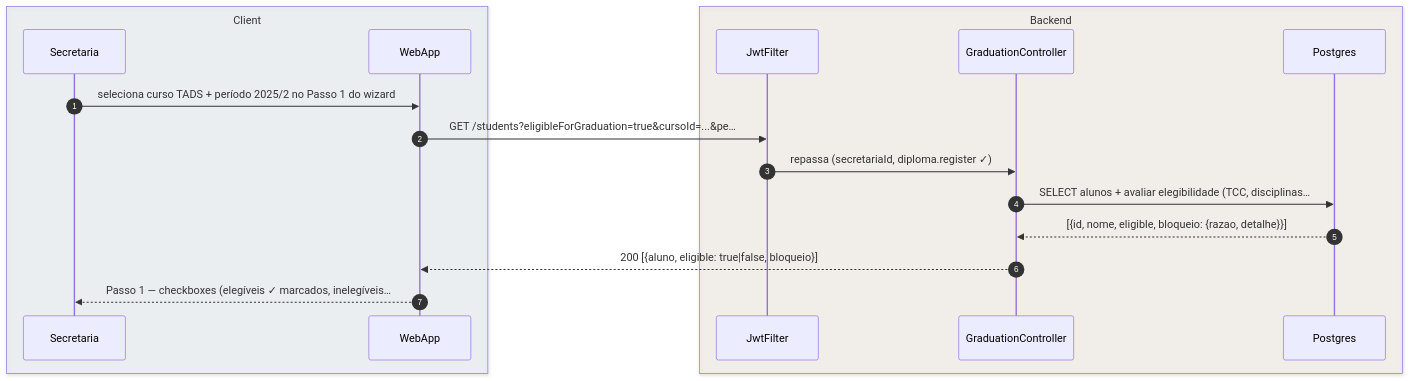
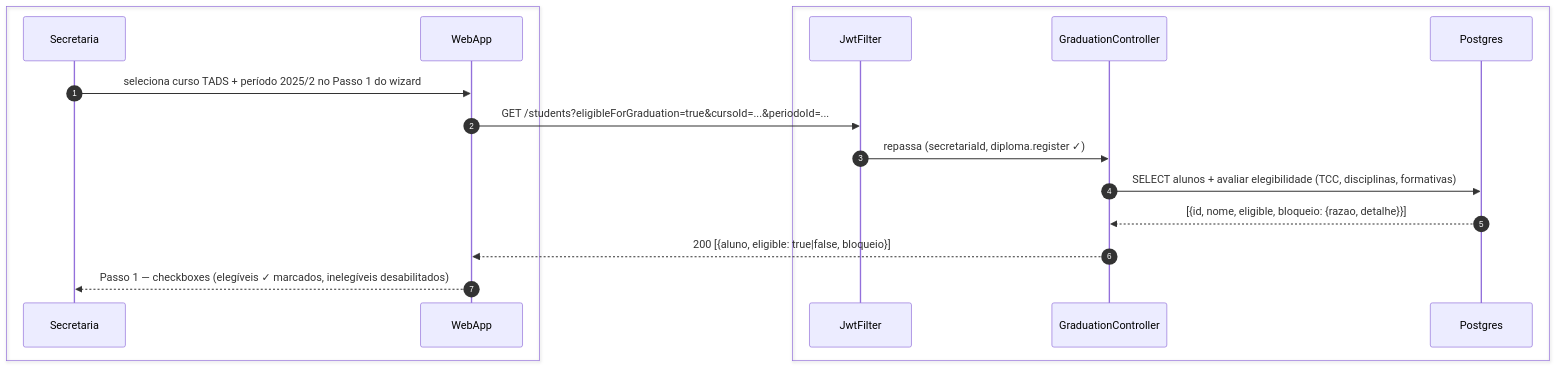
The second of 5 diagrams in foundationDocs/sequenceDiagrams/F5 — Secretaria/US-F5-005-EGRESSOS-DIPLOMAS.md (umishell/secretariaOnline2), drawn with Mermaid before and after one commit. The commit also changed other lines of this file and 70 other files, not shown here.

First line of the commit message:
Enhance database documentation and introduce new schema files

````diff
--- a/foundationDocs/sequenceDiagrams/F5 — Secretaria/US-F5-005-EGRESSOS-DIPLOMAS.md
+++ b/foundationDocs/sequenceDiagrams/F5 — Secretaria/US-F5-005-EGRESSOS-DIPLOMAS.md
@@ -97,21 +97,21 @@
 ```mermaid
 sequenceDiagram
     autonumber
-    box rgba(230,245,255,0.3) Client
+    box #e8f4fc Cliente
         participant Secretaria
         participant WebApp
     end
-    box rgba(255,245,230,0.3) Backend
+    box #fff8ee Servidor
         participant JwtFilter
         participant GraduationController
         participant Postgres
     end
 
     Secretaria->>WebApp: seleciona curso TADS + período 2025/2 no Passo 1 do wizard
-    WebApp->>JwtFilter: GET /students?eligibleForGraduation=true&cursoId=...&pe…
+    WebApp->>JwtFilter: GET /students?eligibleForGraduation=true&cursoId=...&periodoId=...
     JwtFilter->>GraduationController: repassa (secretariaId, diploma.register ✓)
-    GraduationController->>Postgres: SELECT alunos + avaliar elegibilidade (TCC, disciplinas…
+    GraduationController->>Postgres: SELECT alunos + avaliar elegibilidade (TCC, disciplinas, formativas)
     Postgres-->>GraduationController: [{id, nome, eligible, bloqueio: {razao, detalhe}}]
     GraduationController-->>WebApp: 200 [{aluno, eligible: true|false, bloqueio}]
-    WebApp-->>Secretaria: Passo 1 — checkboxes (elegíveis ✓ marcados, inelegíveis…
+    WebApp-->>Secretaria: Passo 1 — checkboxes (elegíveis ✓ marcados, inelegíveis desabilitados)
 ```
````
